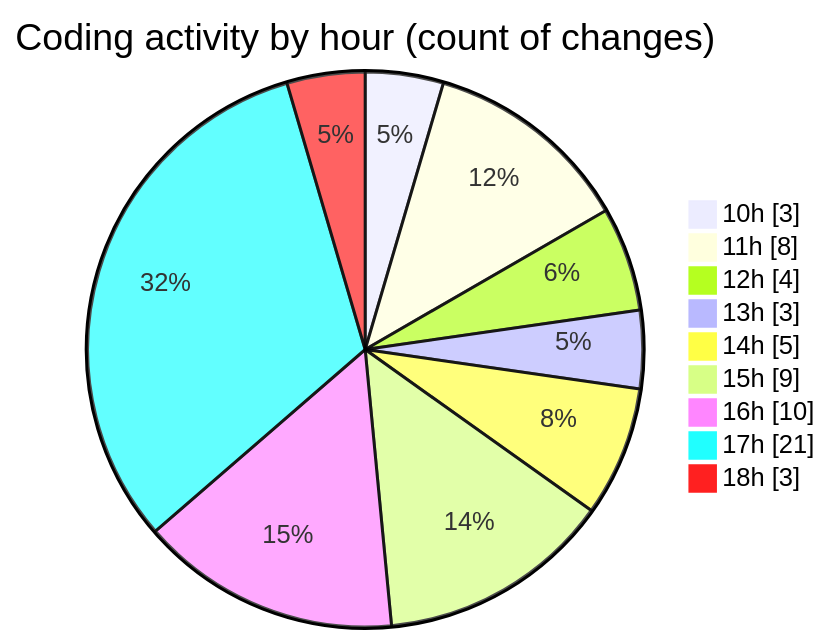
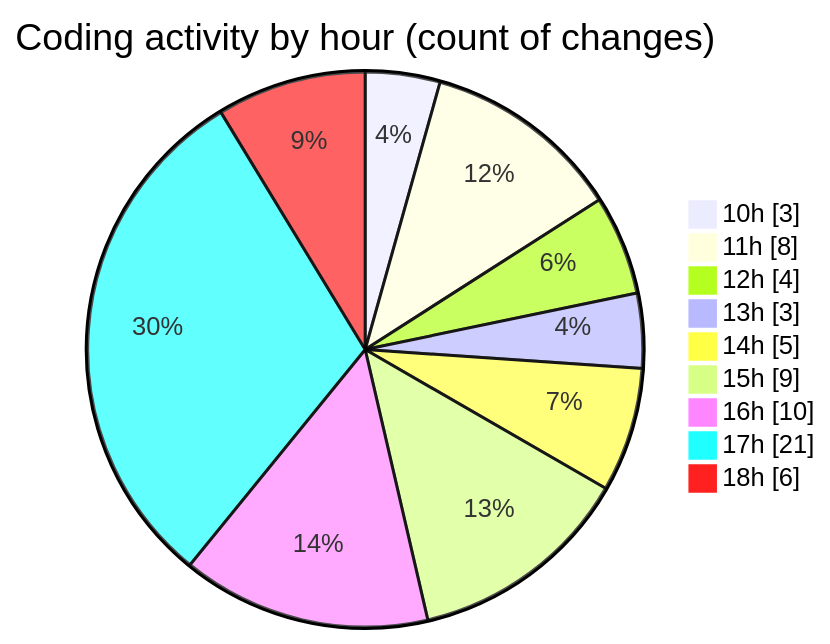
The second of 2 diagrams in 2025-11-07/nxtqube_webapp/README.md (nxtqubesakshisongat/code-tracking), drawn with Mermaid before and after one commit. The commit also changed other lines of this file and 1 other file, not shown here.

````diff
--- a/2025-11-07/nxtqube_webapp/README.md
+++ b/2025-11-07/nxtqube_webapp/README.md
@@ -36,13 +36,13 @@
 ```mermaid
 pie showData
 title Coding activity by hour (count of changes)
 "10h" : 3
 "11h" : 8
 "12h" : 4
 "13h" : 3
 "14h" : 5
 "15h" : 9
 "16h" : 10
 "17h" : 21
-"18h" : 3
+"18h" : 6
 ```
````
